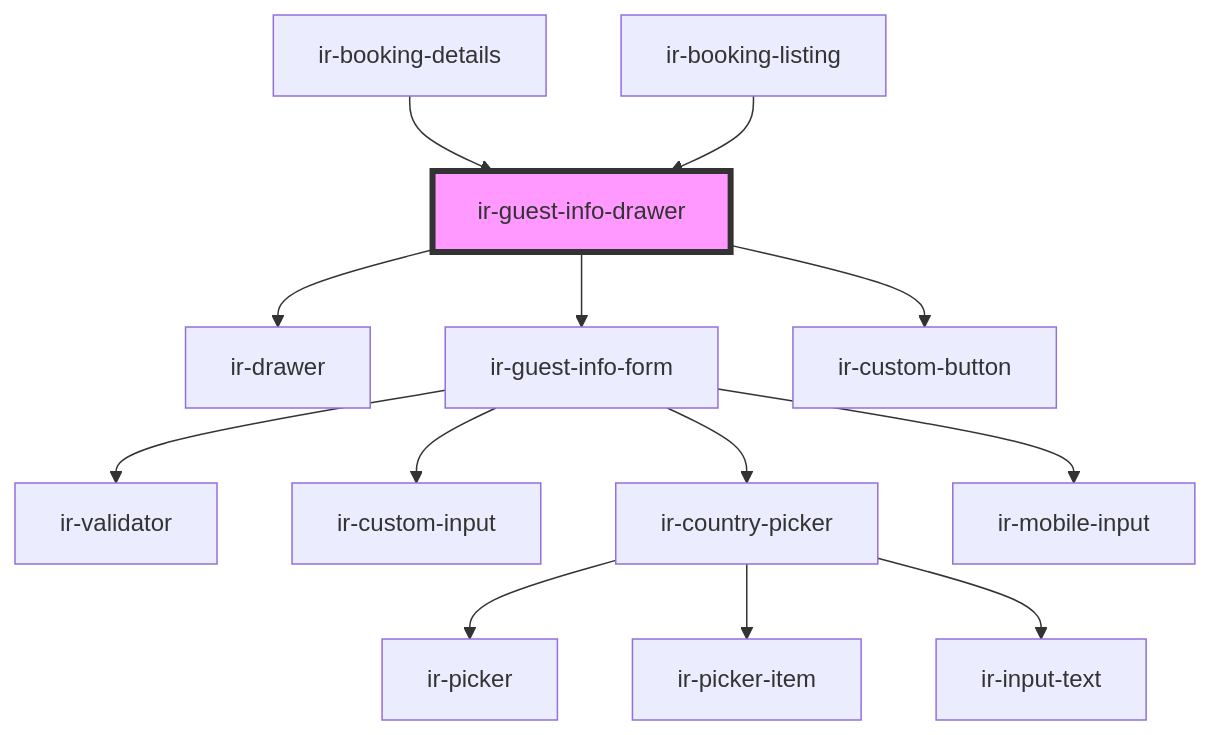
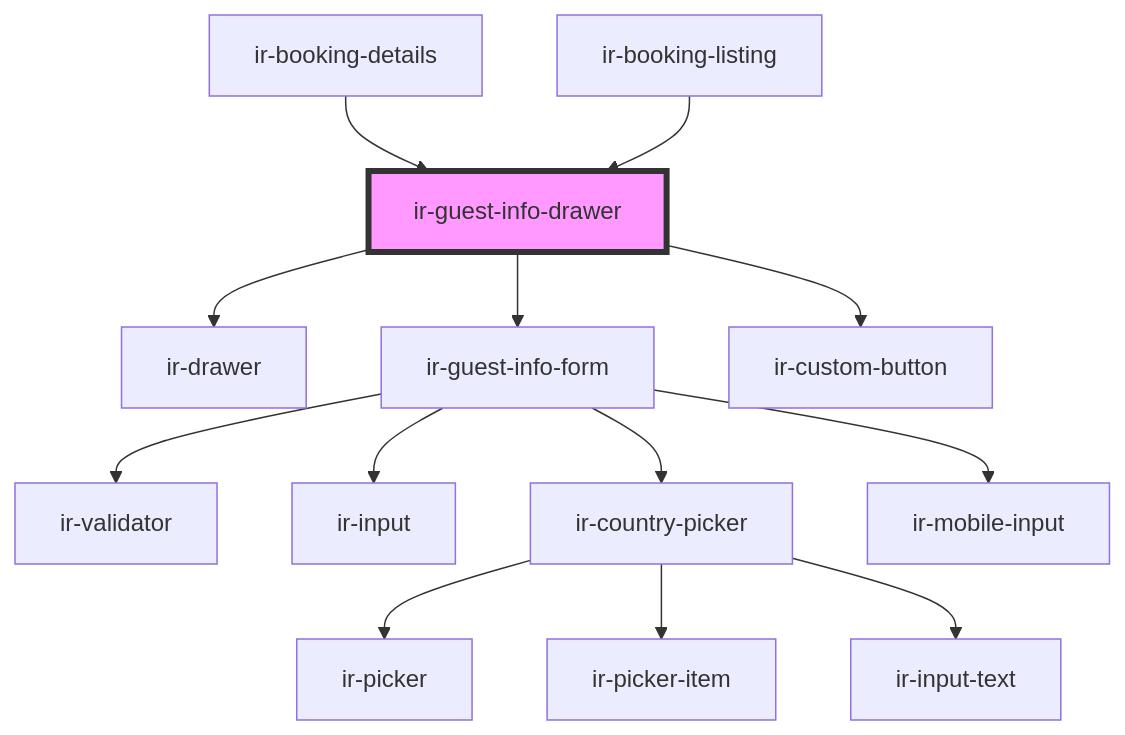
The diagram in src/components/ir-guest-info/ir-guest-info-drawer/readme.md (David1Chowaifaty/modified-ir-webcmp), drawn with Mermaid before and after one commit. The commit also changed 38 other files, not shown here.

````diff
--- a/src/components/ir-guest-info/ir-guest-info-drawer/readme.md
+++ b/src/components/ir-guest-info/ir-guest-info-drawer/readme.md
@@ -42,16 +42,16 @@
 ```mermaid
 graph TD;
   ir-guest-info-drawer --> ir-drawer
   ir-guest-info-drawer --> ir-guest-info-form
   ir-guest-info-drawer --> ir-custom-button
   ir-guest-info-form --> ir-validator
-  ir-guest-info-form --> ir-custom-input
+  ir-guest-info-form --> ir-input
   ir-guest-info-form --> ir-country-picker
   ir-guest-info-form --> ir-mobile-input
   ir-country-picker --> ir-picker
   ir-country-picker --> ir-picker-item
   ir-country-picker --> ir-input-text
   ir-booking-details --> ir-guest-info-drawer
   ir-booking-listing --> ir-guest-info-drawer
   style ir-guest-info-drawer fill:#f9f,stroke:#333,stroke-width:4px
 ```
````
